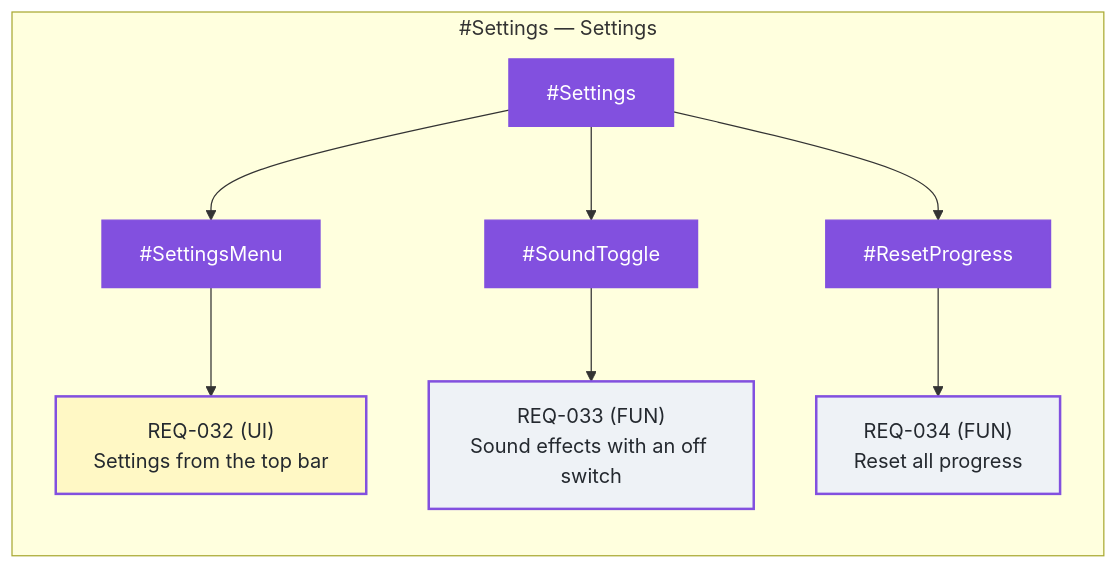
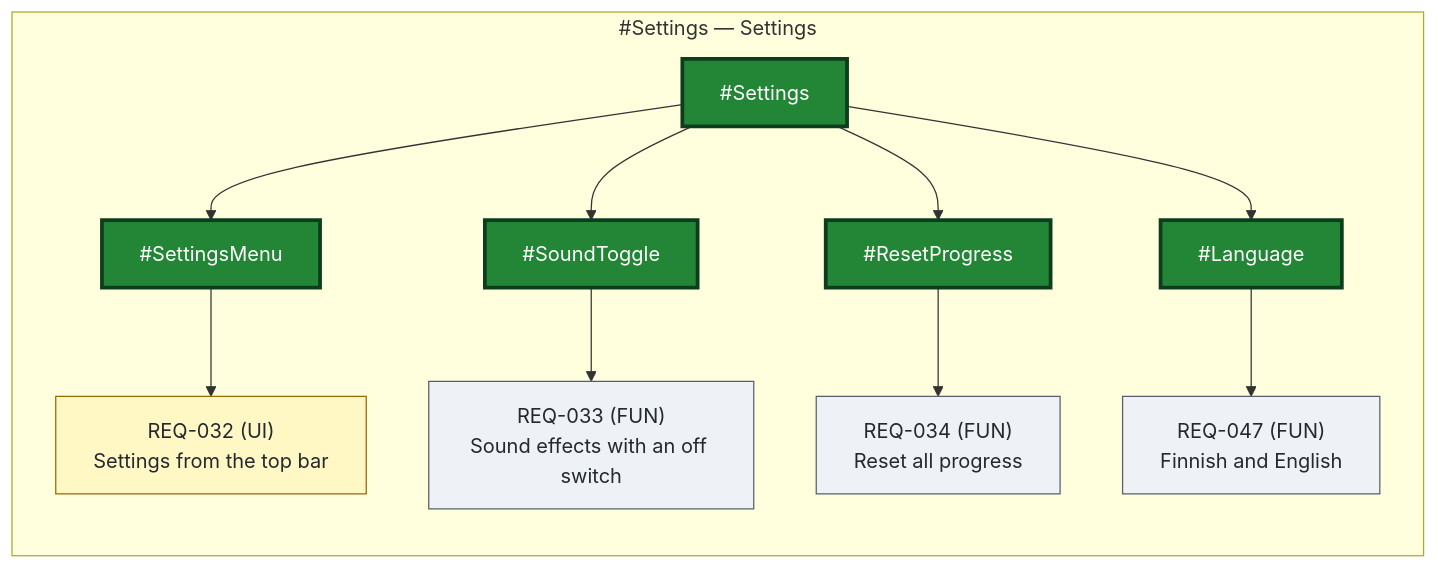
The diagram in Requirements/views/feature-map-Settings.md (jamisuni/TangramNoAds), drawn with Mermaid before and after one commit. The commit also changed 111 other files, not shown here.

````diff
--- a/Requirements/views/feature-map-Settings.md
+++ b/Requirements/views/feature-map-Settings.md
@@ -7,33 +7,37 @@
 ```mermaid
 flowchart LR
   subgraph sg_Settings ["#Settings — Settings"]
-    Settings["#Settings"]:::featAi
-    SettingsMenu["#SettingsMenu"]:::featAi
-    REQ-032["REQ-032 (UI)<br/>Settings from the top bar"]:::uiAi
-    SoundToggle["#SoundToggle"]:::featAi
-    REQ-033["REQ-033 (FUN)<br/>Sound effects with an off switch"]:::funAi
-    ResetProgress["#ResetProgress"]:::featAi
-    REQ-034["REQ-034 (FUN)<br/>Reset all progress"]:::funAi
+    Settings["#Settings"]:::featLock
+    SettingsMenu["#SettingsMenu"]:::featLock
+    REQ-032["REQ-032 (UI)<br/>Settings from the top bar"]:::ui
+    SoundToggle["#SoundToggle"]:::featLock
+    REQ-033["REQ-033 (FUN)<br/>Sound effects with an off switch"]:::fun
+    ResetProgress["#ResetProgress"]:::featLock
+    REQ-034["REQ-034 (FUN)<br/>Reset all progress"]:::fun
+    Language["#Language"]:::featLock
+    REQ-047["REQ-047 (FUN)<br/>Finnish and English"]:::fun
   end
   Settings --> SettingsMenu
   SettingsMenu --> REQ-032
   Settings --> SoundToggle
   SoundToggle --> REQ-033
   Settings --> ResetProgress
   ResetProgress --> REQ-034
+  Settings --> Language
+  Language --> REQ-047
   classDef feat fill:#1f6feb,color:#fff,stroke:#1f6feb
   classDef featIdea fill:#dbe4f3,color:#24292f,stroke:#1f6feb,stroke-dasharray: 4 3
   classDef featSpec fill:#0d5c2f,color:#fff,stroke:#0d5c2f
   classDef featLock fill:#238636,color:#fff,stroke:#0d3d1c,stroke-width:3px
   classDef biz fill:#238636,color:#fff,stroke:#0d3d1c,stroke-width:3px
   classDef fun fill:#eef2f6,color:#24292f,stroke:#57606a
   classDef ui fill:#fff8c5,color:#24292f,stroke:#9a6700
   classDef bizInf fill:#238636,color:#fff,stroke:#cf222e,stroke-dasharray: 5 5
   classDef funInf fill:#eef2f6,color:#24292f,stroke:#cf222e,stroke-dasharray: 5 5
   classDef uiInf fill:#fff8c5,color:#24292f,stroke:#cf222e,stroke-dasharray: 5 5
   classDef withdrawn fill:#f6f8fa,color:#8c959f,stroke:#8c959f,stroke-dasharray: 2 2
   classDef featAi fill:#8250df,color:#fff,stroke:#8250df
   classDef bizAi fill:#238636,color:#fff,stroke:#8250df,stroke-width:3px
   classDef funAi fill:#eef2f6,color:#24292f,stroke:#8250df,stroke-width:2px
   classDef uiAi fill:#fff8c5,color:#24292f,stroke:#8250df,stroke-width:2px
 ```
````
